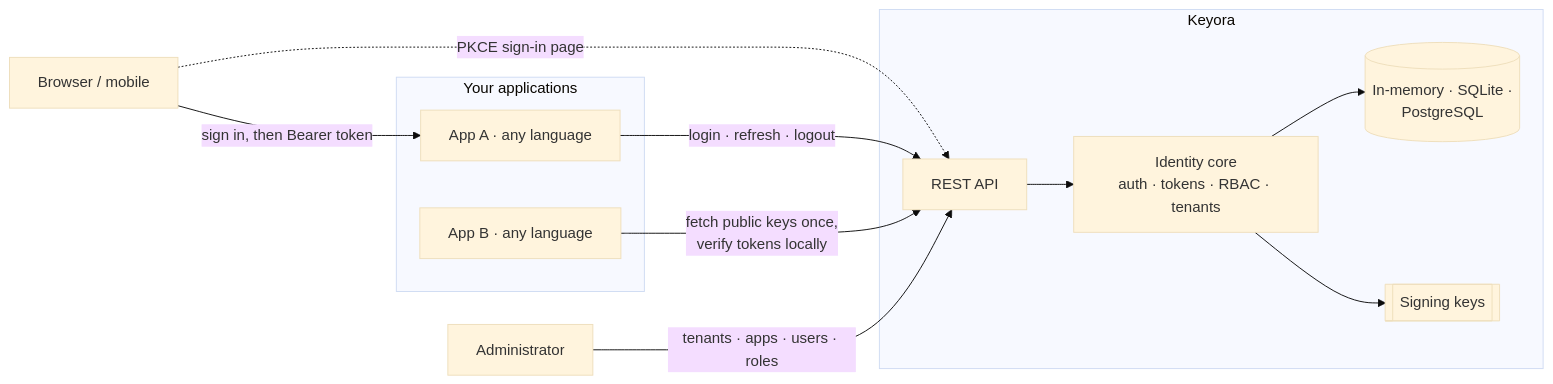
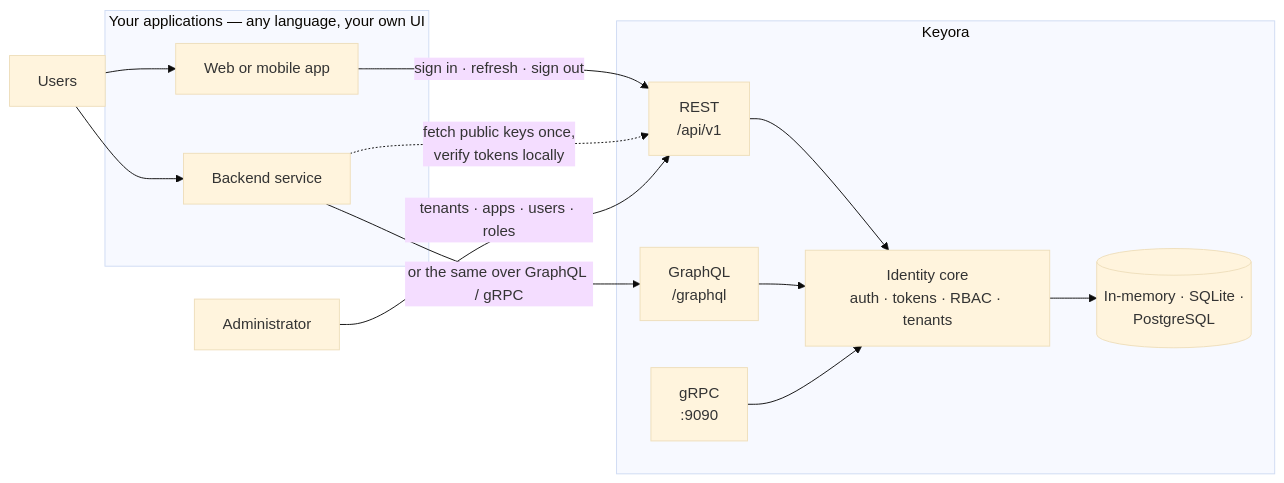
The diagram in README.md (rabbicse/keyora), drawn with Mermaid (base theme) before and after one commit. The commit also changed other lines of this file and 123 other files, not shown here.

First line of the commit message:
Make Keyora API only and add GraphQL and gRPC transports

````diff
--- a/README.md
+++ b/README.md
@@ -213,21 +129,24 @@
 ```mermaid
 flowchart LR
-    B[Browser / mobile]
-    subgraph yours[Your applications]
-        A1[App A · any language]
-        A2[App B · any language]
+    U[Users] --> A1
+    U --> A2
+    subgraph yours[Your applications — any language, your own UI]
+        A1[Web or mobile app]
+        A2[Backend service]
     end
     subgraph keyora[Keyora]
-        API[REST API]
+        REST[REST<br/>/api/v1]
+        GQL[GraphQL<br/>/graphql]
+        GRPC[gRPC<br/>:9090]
         SVC[Identity core<br/>auth · tokens · RBAC · tenants]
         ST[(In-memory · SQLite ·<br/>PostgreSQL)]
-        KEYS[[Signing keys]]
-        API --> SVC --> ST
-        SVC --> KEYS
+        REST --> SVC
+        GQL --> SVC
+        GRPC --> SVC
+        SVC --> ST
     end
-    B -- "sign in, then Bearer token" --> A1
-    B -. "PKCE sign-in page" .-> API
-    A1 -- "login · refresh · logout" --> API
-    A2 -- "fetch public keys once,<br/>verify tokens locally" --> API
-    Admin[Administrator] -- "tenants · apps · users · roles" --> API
+    A1 -- "sign in · refresh · sign out" --> REST
+    A2 -- "or the same over GraphQL / gRPC" --> GQL
+    A2 -. "fetch public keys once,<br/>verify tokens locally" .-> REST
+    Admin[Administrator] -- "tenants · apps · users · roles" --> REST
 ```
````
